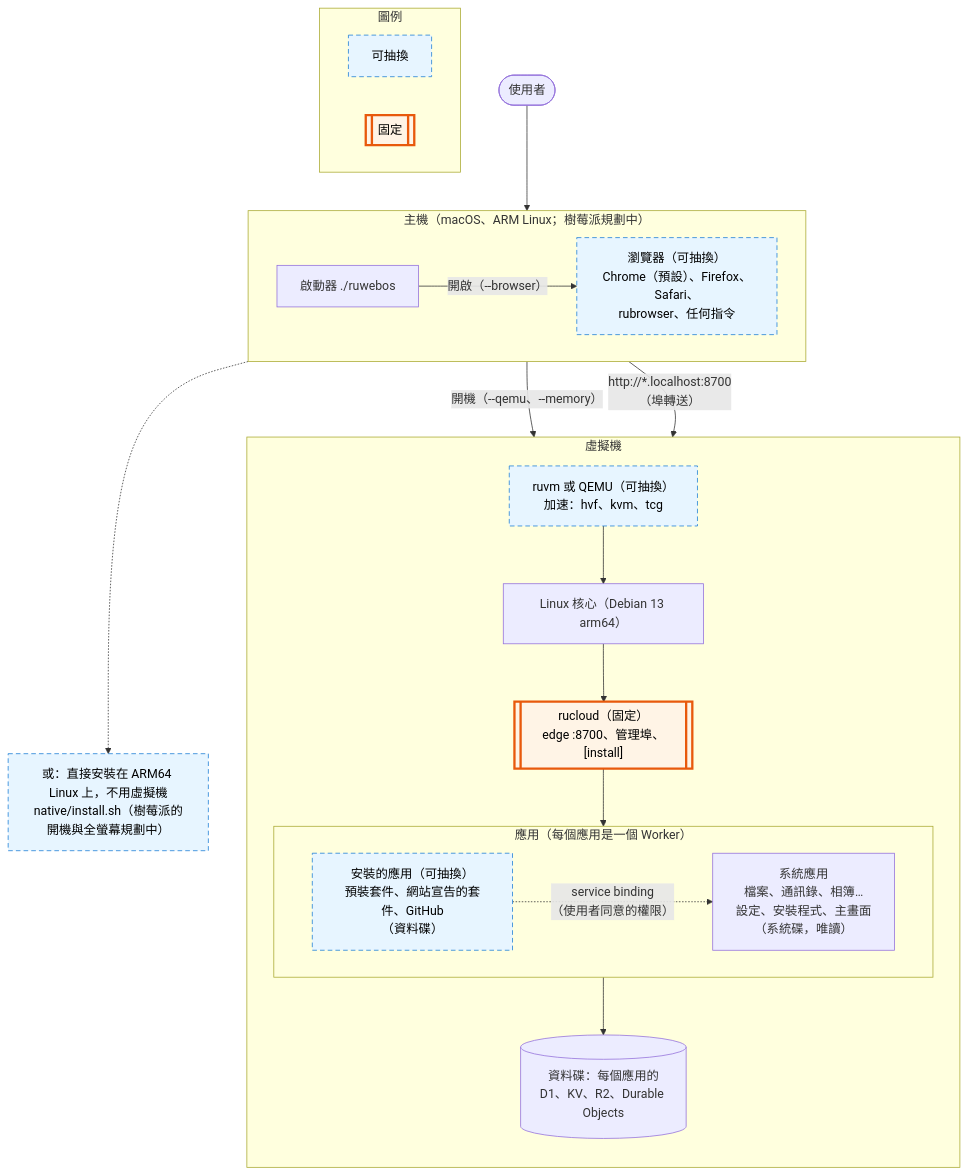
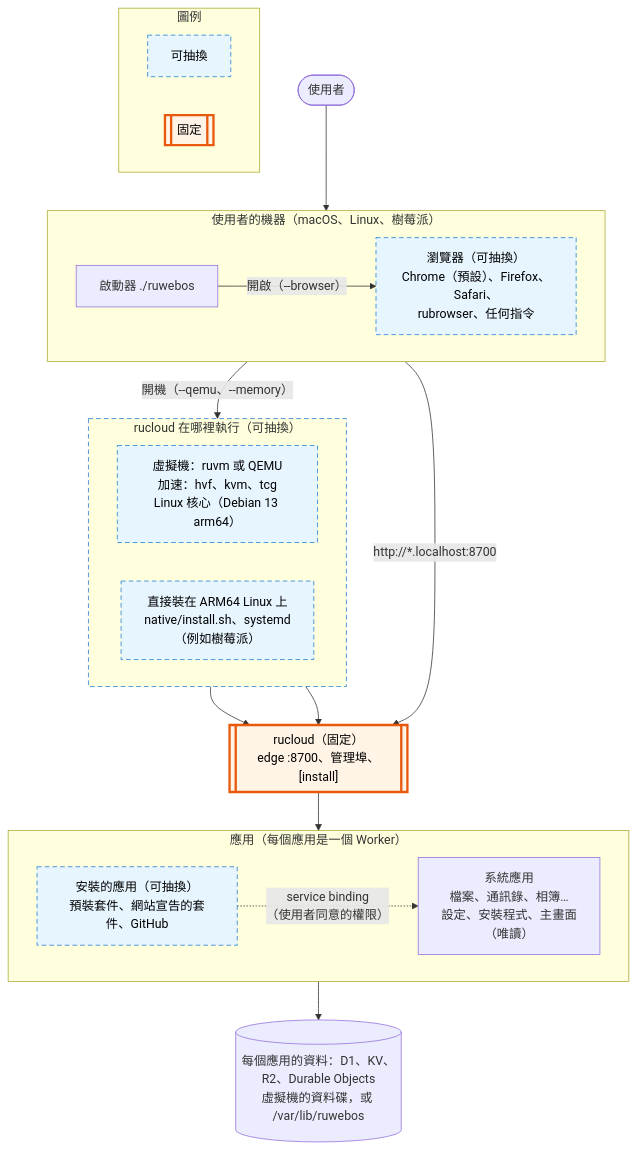
One commit to ccc-claude-opus/ruwebos changed the diagram in README.md. Above: the diagram before and after it, drawn with Mermaid. The commit also changed other lines of this file, not shown here.

Commit message:
README: diagram shows where rucloud runs as a choice (VM or directly on Linux)

````diff
--- a/README.md
+++ b/README.md
@@ -19,46 +19,48 @@
 ```mermaid
 flowchart TB
   user(["使用者"])
 
-  subgraph host["主機（macOS、ARM Linux；樹莓派規劃中）"]
+  subgraph host["使用者的機器（macOS、Linux、樹莓派）"]
     direction LR
     launcher["啟動器 ./ruwebos"]
     browser["瀏覽器（可抽換）<br/>Chrome（預設）、Firefox、Safari、<br/>rubrowser、任何指令"]
   end
 
-  subgraph vm["虛擬機"]
-    direction TB
-    vmimpl["ruvm 或 QEMU（可抽換）<br/>加速：hvf、kvm、tcg"]
-    kernel["Linux 核心（Debian 13 arm64）"]
-    rucloud[["rucloud（固定）<br/>edge :8700、管理埠、[install]"]]
-    subgraph apps["應用（每個應用是一個 Worker）"]
-      direction LR
-      sysapps["系統應用<br/>檔案、通訊錄、相簿…<br/>設定、安裝程式、主畫面<br/>（系統碟，唯讀）"]
-      installed["安裝的應用（可抽換）<br/>預裝套件、網站宣告的套件、GitHub<br/>（資料碟）"]
-    end
-    store[("資料碟：每個應用的<br/>D1、KV、R2、Durable Objects")]
-    vmimpl --> kernel --> rucloud --> apps
-    installed -. "service binding<br/>（使用者同意的權限）" .-> sysapps
-    apps --> store
+  subgraph where["rucloud 在哪裡執行（可抽換）"]
+    direction LR
+    vmimpl["虛擬機：ruvm 或 QEMU<br/>加速：hvf、kvm、tcg<br/>Linux 核心（Debian 13 arm64）"]
+    native["直接裝在 ARM64 Linux 上<br/>native/install.sh、systemd<br/>（例如樹莓派）"]
   end
 
-  native["或：直接安裝在 ARM64 Linux 上，不用虛擬機<br/>native/install.sh（樹莓派的開機與全螢幕規劃中）"]
+  rucloud[["rucloud（固定）<br/>edge :8700、管理埠、[install]"]]
+
+  subgraph apps["應用（每個應用是一個 Worker）"]
+    direction LR
+    sysapps["系統應用<br/>檔案、通訊錄、相簿…<br/>設定、安裝程式、主畫面<br/>（唯讀）"]
+    installed["安裝的應用（可抽換）<br/>預裝套件、網站宣告的套件、GitHub"]
+  end
+
+  store[("每個應用的資料：D1、KV、R2、Durable Objects<br/>虛擬機的資料碟，或 /var/lib/ruwebos")]
 
   user --> browser
+  launcher -- "開機（--qemu、--memory）" --> vmimpl
   launcher -- "開啟（--browser）" --> browser
-  launcher -- "開機（--qemu、--memory）" --> vmimpl
-  launcher -.-> native
-  browser -- "http://*.localhost:8700<br/>（埠轉送）" --> rucloud
+  browser -- "http://*.localhost:8700" --> rucloud
+  vmimpl --> rucloud
+  native --> rucloud
+  rucloud --> apps
+  installed -. "service binding<br/>（使用者同意的權限）" .-> sysapps
+  apps --> store
 
   subgraph legend["圖例"]
     direction LR
     l1["可抽換"]
     l2[["固定"]]
   end
 
   classDef swap fill:#e7f5ff,stroke:#1c7ed6,stroke-dasharray:6 4,color:#000
   classDef fixed fill:#fff4e6,stroke:#e8590c,stroke-width:3px,color:#000
-  class browser,installed,vmimpl swap
+  class browser,installed,vmimpl,native,l1 swap
   class rucloud,l2 fixed
-  class native,l1 swap
+  style where stroke:#1c7ed6,stroke-dasharray:6 4
 ```
````
